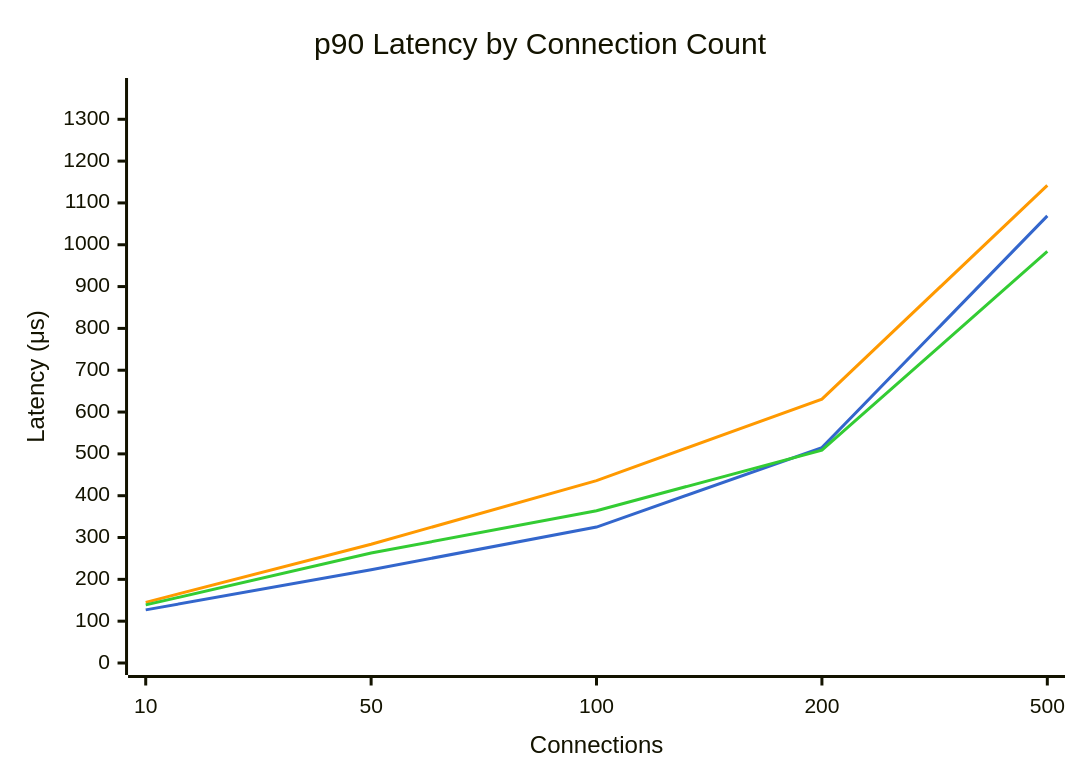
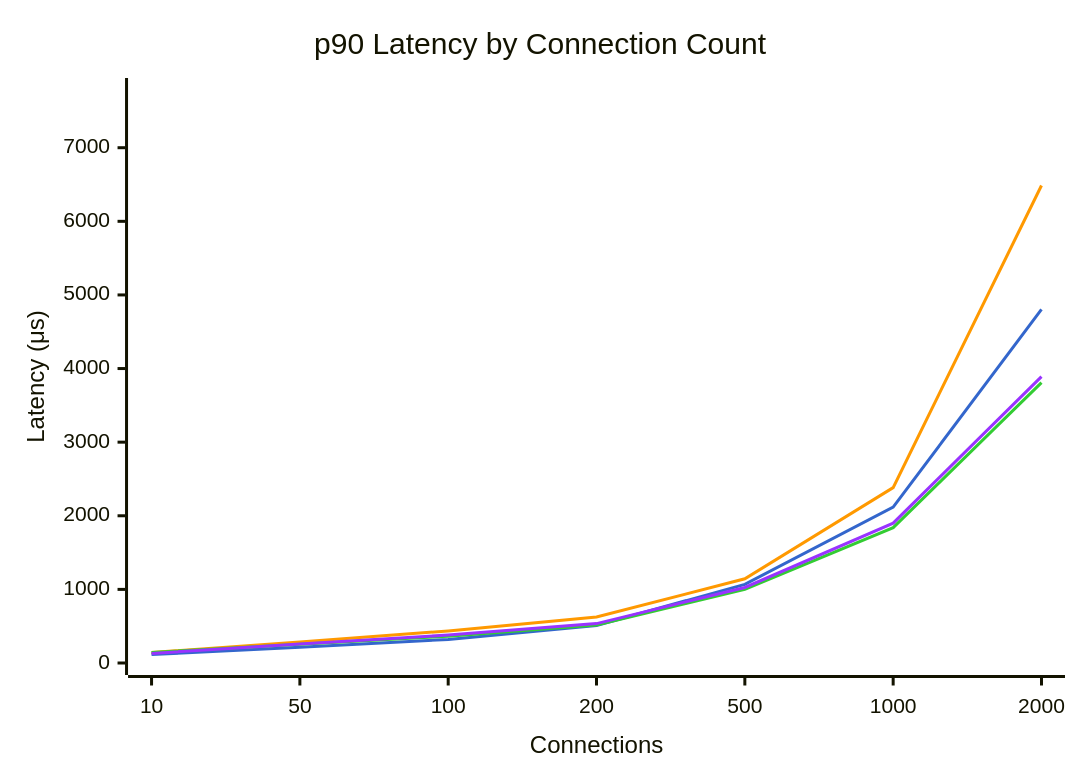
The fifth of 6 diagrams in docs/Bench/Azure/Standard_D8s_v5.md (youyuanwu/bypass-misc), drawn with Mermaid before and after one commit. The commit also changed other lines of this file and 15 other files, not shown here.

````diff
--- a/docs/Bench/Azure/Standard_D8s_v5.md
+++ b/docs/Bench/Azure/Standard_D8s_v5.md
@@ -112,15 +129,16 @@
 ```mermaid
 ---
 config:
     themeVariables:
         xyChart:
-            plotColorPalette: "#3366cc, #ff9900, #33cc33"
+            plotColorPalette: "#3366cc, #ff9900, #33cc33, #9933ff"
 ---
 xychart-beta
     title "p90 Latency by Connection Count"
-    x-axis "Connections" [10, 50, 100, 200, 500]
-    y-axis "Latency (μs)" 0 --> 1370
-    line "dpdk" [127, 223, 325, 515, 1069]
-    line "tokio" [145, 284, 436, 631, 1142]
-    line "tokio-local" [139, 263, 364, 509, 984]
+    x-axis "Connections" [10, 50, 100, 200, 500, 1000, 2000]
+    y-axis "Latency (μs)" 0 --> 7784
+    line "dpdk" [115, 215, 320, 509, 1068, 2117, 4803]
+    line "tokio" [142, 285, 435, 624, 1144, 2383, 6487]
+    line "tokio-local" [143, 256, 365, 516, 1000, 1839, 3809]
+    line "kimojio" [129, 259, 379, 535, 1026, 1900, 3891]
 ```
````
